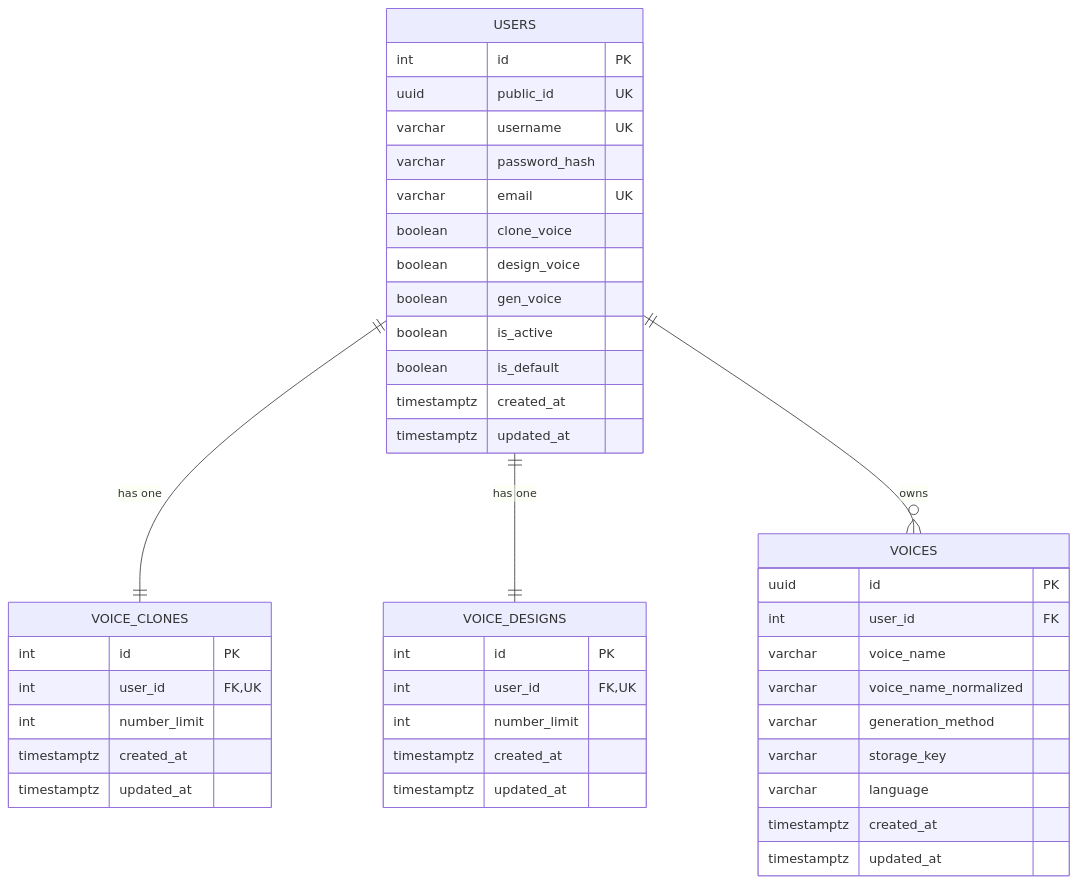
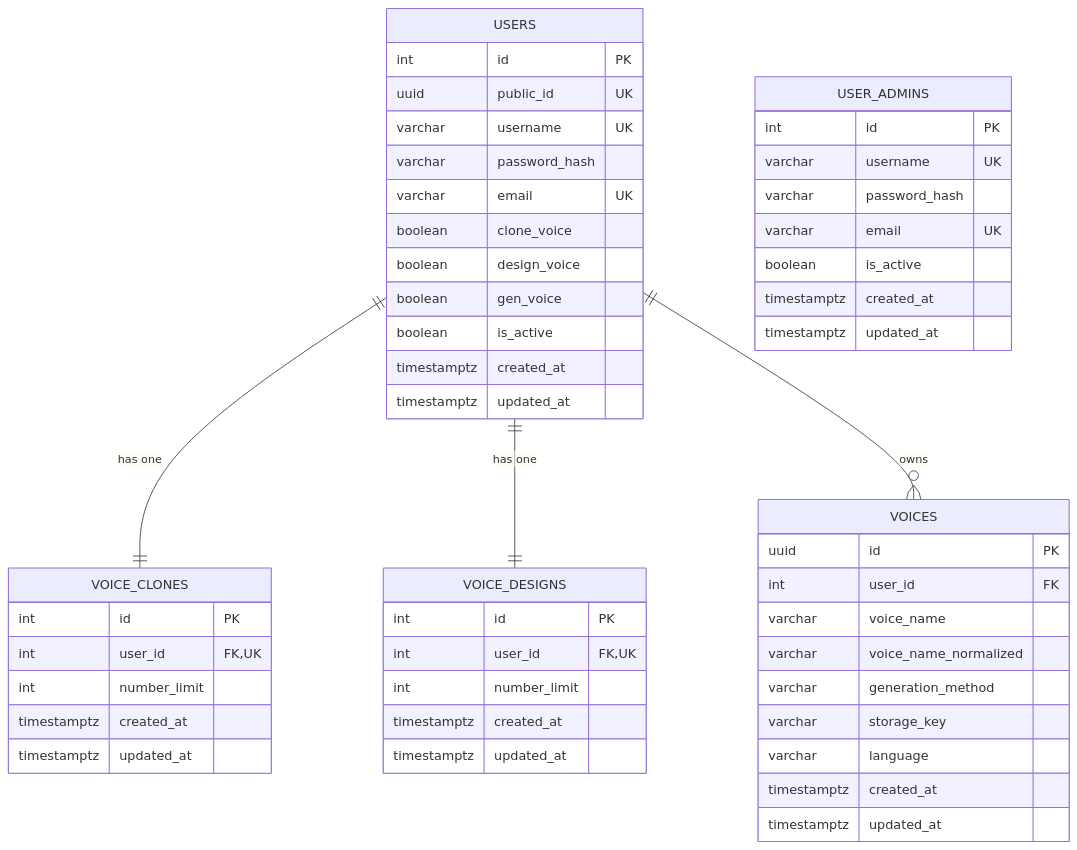
The diagram in docs/03_CAU_TRUC_DATABASE.md (nhattvdx2/BE_Tool), drawn with Mermaid before and after one commit. The commit also changed other lines of this file and 23 other files, not shown here.

````diff
--- a/docs/03_CAU_TRUC_DATABASE.md
+++ b/docs/03_CAU_TRUC_DATABASE.md
@@ -119,49 +136,58 @@
 ```mermaid
 erDiagram
     USERS ||--|| VOICE_CLONES : "has one"
     USERS ||--|| VOICE_DESIGNS : "has one"
     USERS ||--o{ VOICES : "owns"
+
+    USER_ADMINS {
+        int id PK
+        varchar username UK
+        varchar password_hash
+        varchar email UK
+        boolean is_active
+        timestamptz created_at
+        timestamptz updated_at
+    }
 
     USERS {
         int id PK
         uuid public_id UK
         varchar username UK
         varchar password_hash
         varchar email UK
         boolean clone_voice
         boolean design_voice
         boolean gen_voice
         boolean is_active
-        boolean is_default
         timestamptz created_at
         timestamptz updated_at
     }
 
     VOICE_CLONES {
         int id PK
         int user_id FK,UK
         int number_limit
         timestamptz created_at
         timestamptz updated_at
     }
 
     VOICE_DESIGNS {
         int id PK
         int user_id FK,UK
         int number_limit
         timestamptz created_at
         timestamptz updated_at
     }
 
     VOICES {
         uuid id PK
         int user_id FK
         varchar voice_name
         varchar voice_name_normalized
         varchar generation_method
         varchar storage_key
         varchar language
         timestamptz created_at
         timestamptz updated_at
     }
 ```
````
